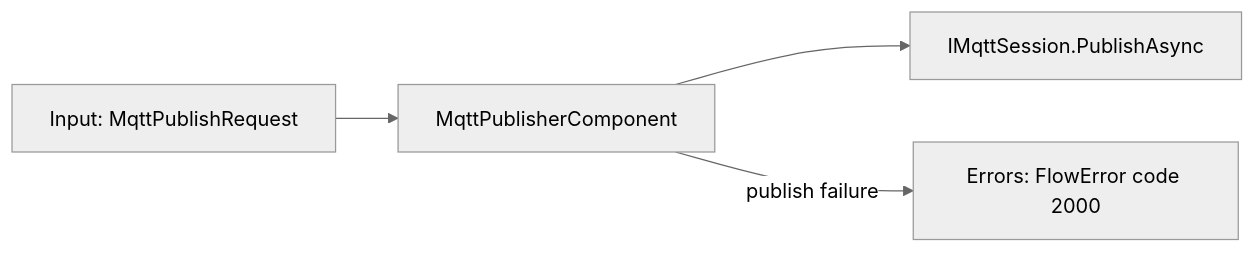
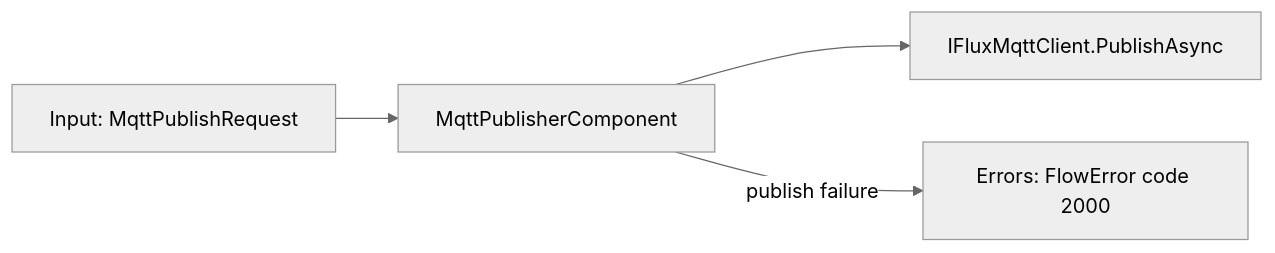
Diagram 12 of 19 in docs/flow-components.md (araxis/FluxMq), drawn with Mermaid (neutral theme) before and after one commit. The commit also changed other lines of this file and 56 other files, not shown here.

Commit message:
Align live MQTT client terminology

````diff
--- a/docs/flow-components.md
+++ b/docs/flow-components.md
@@ -456,6 +456,6 @@
 ```mermaid
 flowchart LR
     In["Input: MqttPublishRequest"] --> Publisher["MqttPublisherComponent"]
-    Publisher --> Session["IMqttSession.PublishAsync"]
+    Publisher --> Client["IFluxMqttClient.PublishAsync"]
     Publisher -->|publish failure| Errors["Errors: FlowError code 2000"]
 ```
````
